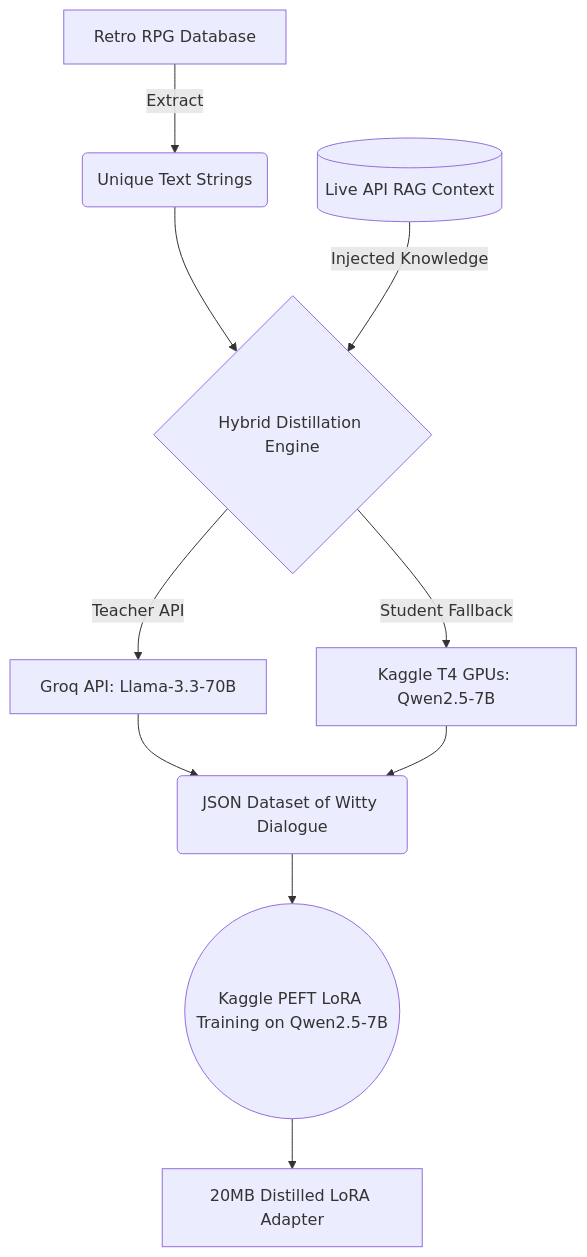
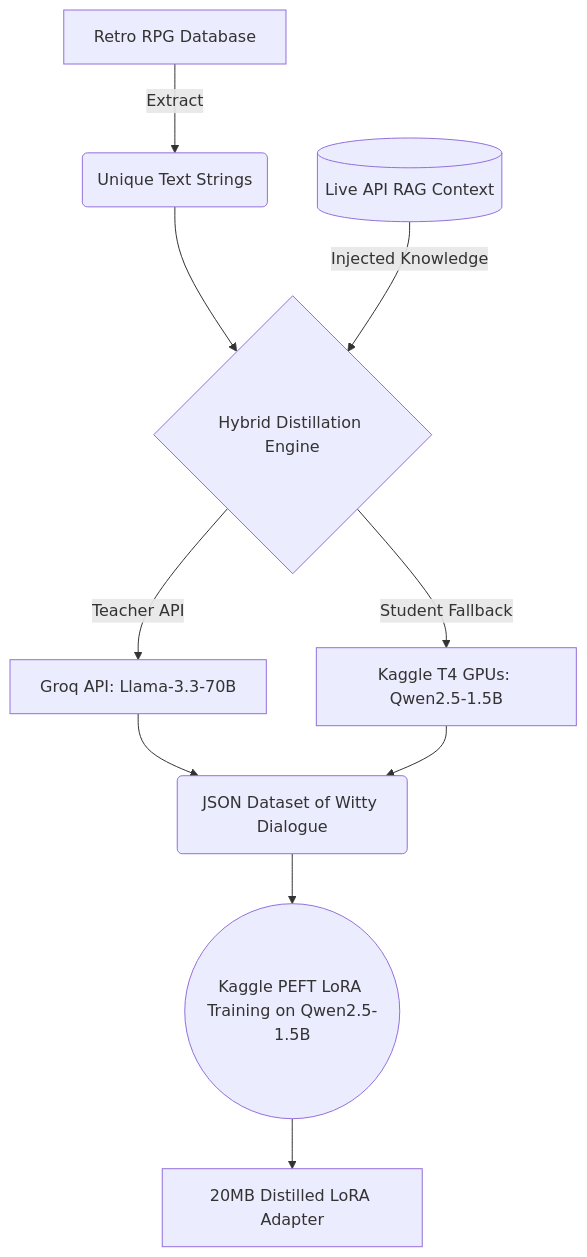
Before and after one commit to Khushalzz/pokemon-ai-distiller: the first of 2 diagrams in README.md, drawn with Mermaid. The commit also changed other lines of this file and 1 other file, not shown here.

Commit message:
Fix model references: Update Qwen2.5-7B to Qwen2.5-1.5B and update efficiency metrics

````diff
--- a/README.md
+++ b/README.md
@@ -11,12 +11,12 @@
 ```mermaid
 graph TD
     A[Retro RPG Database] -->|Extract| B(Unique Text Strings)
     B --> C{Hybrid Distillation Engine}
     C -->|Teacher API| D[Groq API: Llama-3.3-70B]
-    C -->|Student Fallback| E[Kaggle T4 GPUs: Qwen2.5-7B]
+    C -->|Student Fallback| E[Kaggle T4 GPUs: Qwen2.5-1.5B]
     F[(Live API RAG Context)] -->|Injected Knowledge| C
     D --> G(JSON Dataset of Witty Dialogue)
     E --> G
-    G --> H((Kaggle PEFT LoRA Training on Qwen2.5-7B))
+    G --> H((Kaggle PEFT LoRA Training on Qwen2.5-1.5B))
     H --> I[20MB Distilled LoRA Adapter]
 ```
````
